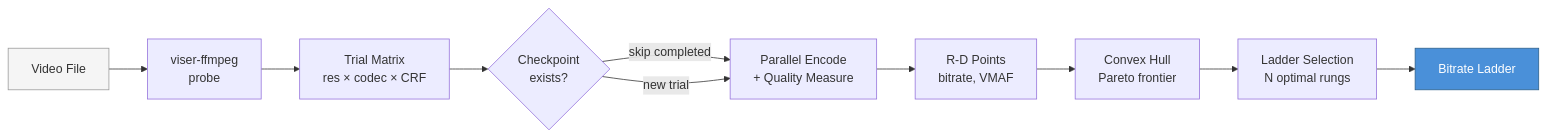
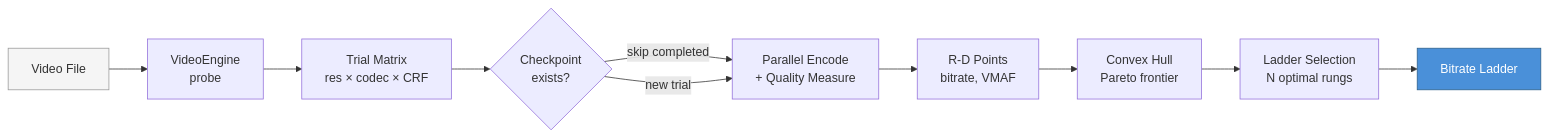
The second of 6 diagrams in docs/system-design.md (vbasky/viser), drawn with Mermaid before and after one commit. The commit also changed other lines of this file and 48 other files, not shown here.

First line of the commit message:
feat: make video pipelines engine-agnostic

````diff
--- a/docs/system-design.md
+++ b/docs/system-design.md
@@ -61,15 +67,15 @@
 ```mermaid
 flowchart LR
-    A[Video File] --> B[viser-ffmpeg<br/>probe]
+    A[Video File] --> B[VideoEngine<br/>probe]
     B --> C[Trial Matrix<br/>res × codec × CRF]
     C --> D{Checkpoint<br/>exists?}
     D -- skip completed --> E
     D -- new trial --> E[Parallel Encode<br/>+ Quality Measure]
     E --> F[R-D Points<br/>bitrate, VMAF]
     F --> G[Convex Hull<br/>Pareto frontier]
     G --> H[Ladder Selection<br/>N optimal rungs]
     H --> I[Bitrate Ladder]
 
     style A fill:#f5f5f5,stroke:#999
     style I fill:#4a90d9,stroke:#2c5f8a,color:#fff
 ```
````
